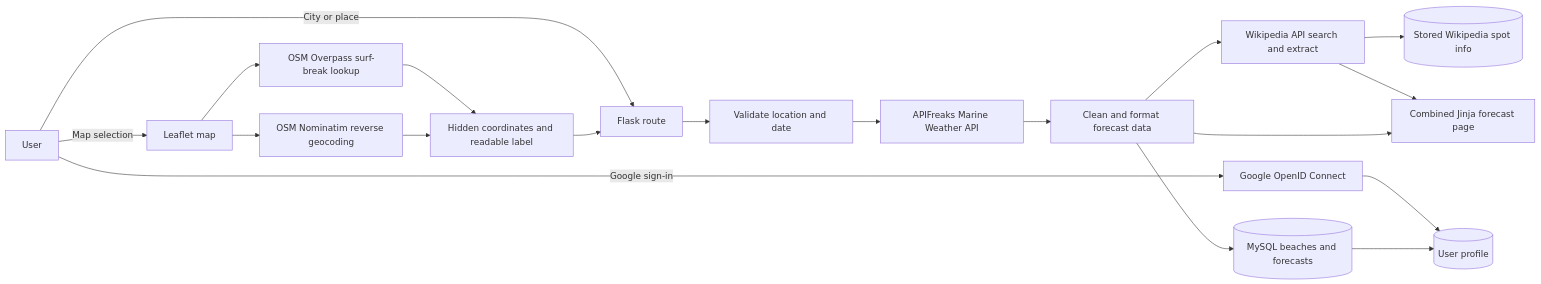
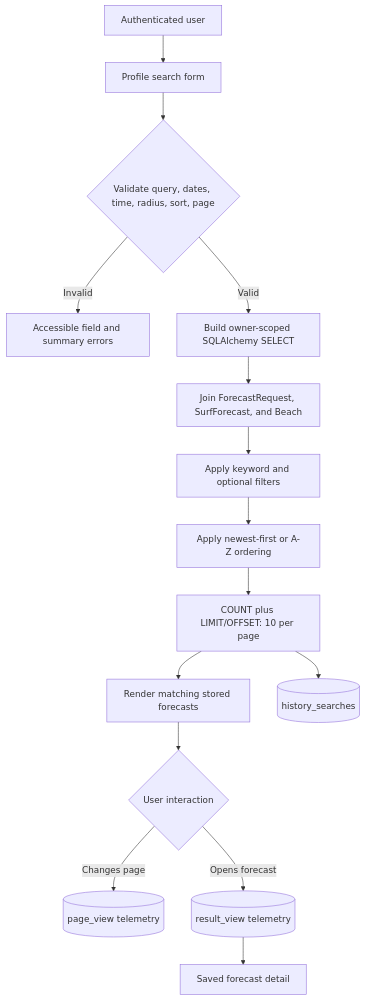
The first of 2 diagrams in README.md (brianpthoms/profthoms-it401-final-project), drawn with Mermaid before and after one commit. The commit also changed other lines of this file and 17 other files, not shown here.

````diff
--- a/README.md
+++ b/README.md
@@ -23,21 +35,17 @@
 ```mermaid
-flowchart LR
-    U[User] -->|City or place| F[Flask route]
-    U -->|Google sign-in| G[Google OpenID Connect]
-    G --> UP[(User profile)]
-    U -->|Map selection| M[Leaflet map]
-    M --> O[OSM Overpass surf-break lookup]
-    M --> N[OSM Nominatim reverse geocoding]
-    O --> C[Hidden coordinates and readable label]
-    N --> C
-    C --> F
-    F --> V[Validate location and date]
-    V --> A[APIFreaks Marine Weather API]
-    A --> D[Clean and format forecast data]
-    D --> W[Wikipedia API search and extract]
-    W --> WI[(Stored Wikipedia spot info)]
-    D --> DB[(MySQL beaches and forecasts)]
-    DB --> UP
-    W --> R[Combined Jinja forecast page]
-    D --> R
+flowchart TD
+    U[Authenticated user] --> F[Profile search form]
+    F --> V{Validate query, dates, time, radius, sort, page}
+    V -->|Invalid| E[Accessible field and summary errors]
+    V -->|Valid| Q[Build owner-scoped SQLAlchemy SELECT]
+    Q --> J[Join ForecastRequest, SurfForecast, and Beach]
+    J --> K[Apply keyword and optional filters]
+    K --> O[Apply newest-first or A-Z ordering]
+    O --> P[COUNT plus LIMIT/OFFSET: 10 per page]
+    P --> R[Render matching stored forecasts]
+    P --> S[(history_searches)]
+    R --> I{User interaction}
+    I -->|Changes page| T[(page_view telemetry)]
+    I -->|Opens forecast| C[(result_view telemetry)]
+    C --> D[Saved forecast detail]
 ```
````
